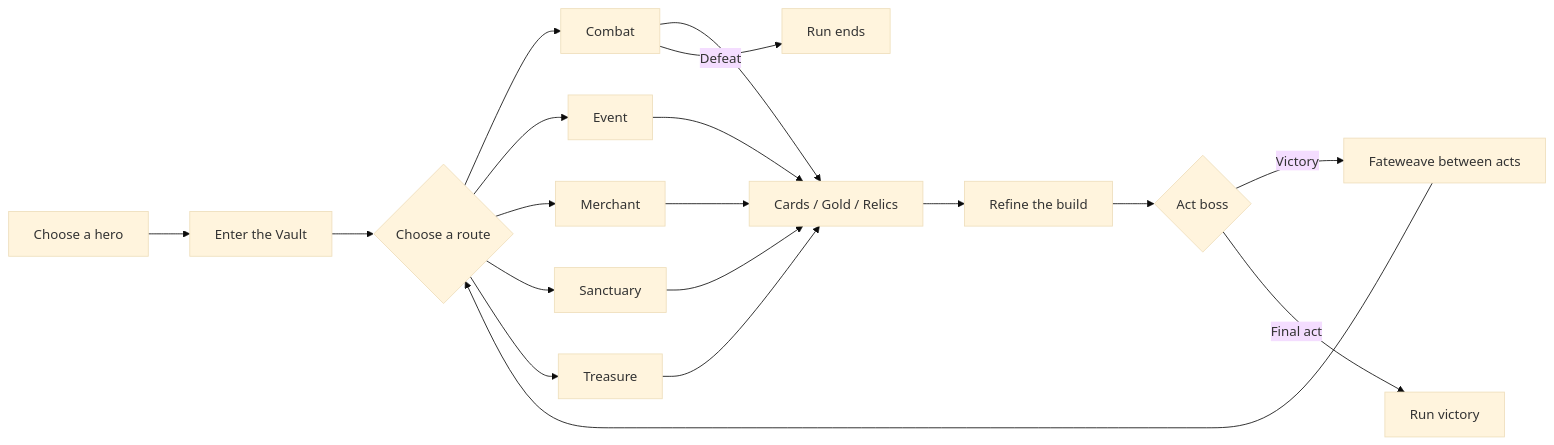
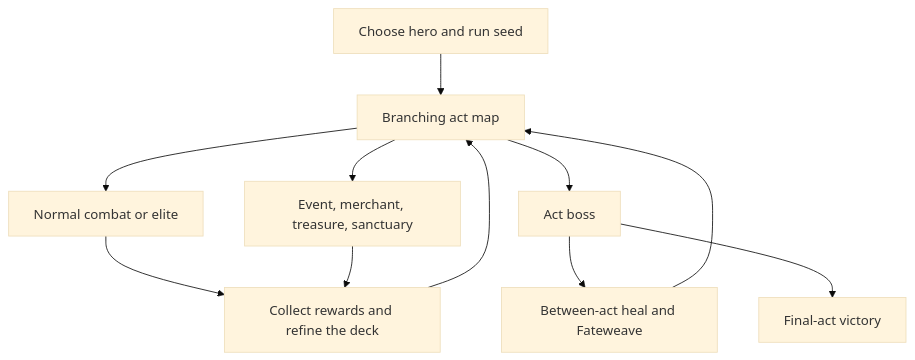
Before and after one commit to riverhine1-max/gilded-fate: the first of 2 diagrams in README.md, drawn with Mermaid (base theme). The commit also changed other lines of this file, not shown here.

````diff
--- a/README.md
+++ b/README.md
@@ -43,21 +65,13 @@
 ```mermaid
-flowchart LR
-    A[Choose a hero] --> B[Enter the Vault]
-    B --> C{Choose a route}
-    C --> D[Combat]
-    C --> E[Event]
-    C --> F[Merchant]
-    C --> G[Sanctuary]
-    C --> H[Treasure]
-    D --> I[Cards / Gold / Relics]
-    E --> I
-    F --> I
-    G --> I
-    H --> I
-    I --> J[Refine the build]
-    J --> K{Act boss}
-    K -->|Victory| L[Fateweave between acts]
-    L --> C
-    K -->|Final act| M[Run victory]
-    D -->|Defeat| N[Run ends]
+flowchart TD
+    Start[Choose hero and run seed] --> Route[Branching act map]
+    Route --> Fight[Normal combat or elite]
+    Route --> Service[Event, merchant, treasure, sanctuary]
+    Fight --> Build[Collect rewards and refine the deck]
+    Service --> Build
+    Build --> Route
+    Route --> Boss[Act boss]
+    Boss --> Transition[Between-act heal and Fateweave]
+    Transition --> Route
+    Boss --> Victory[Final-act victory]
 ```
````
